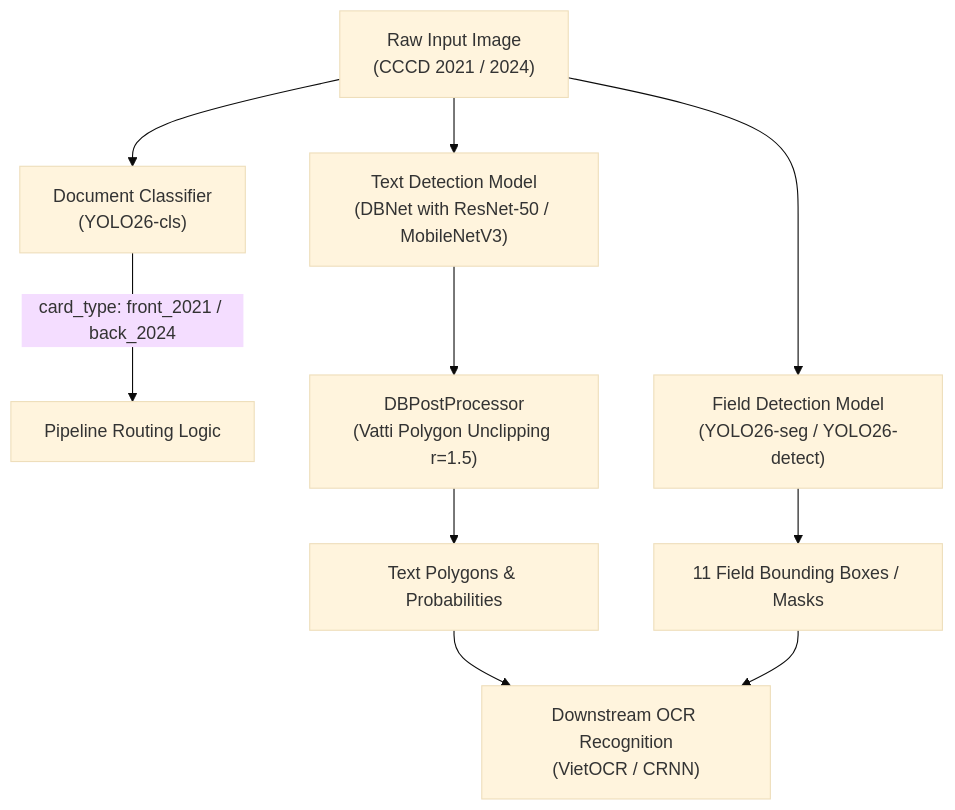
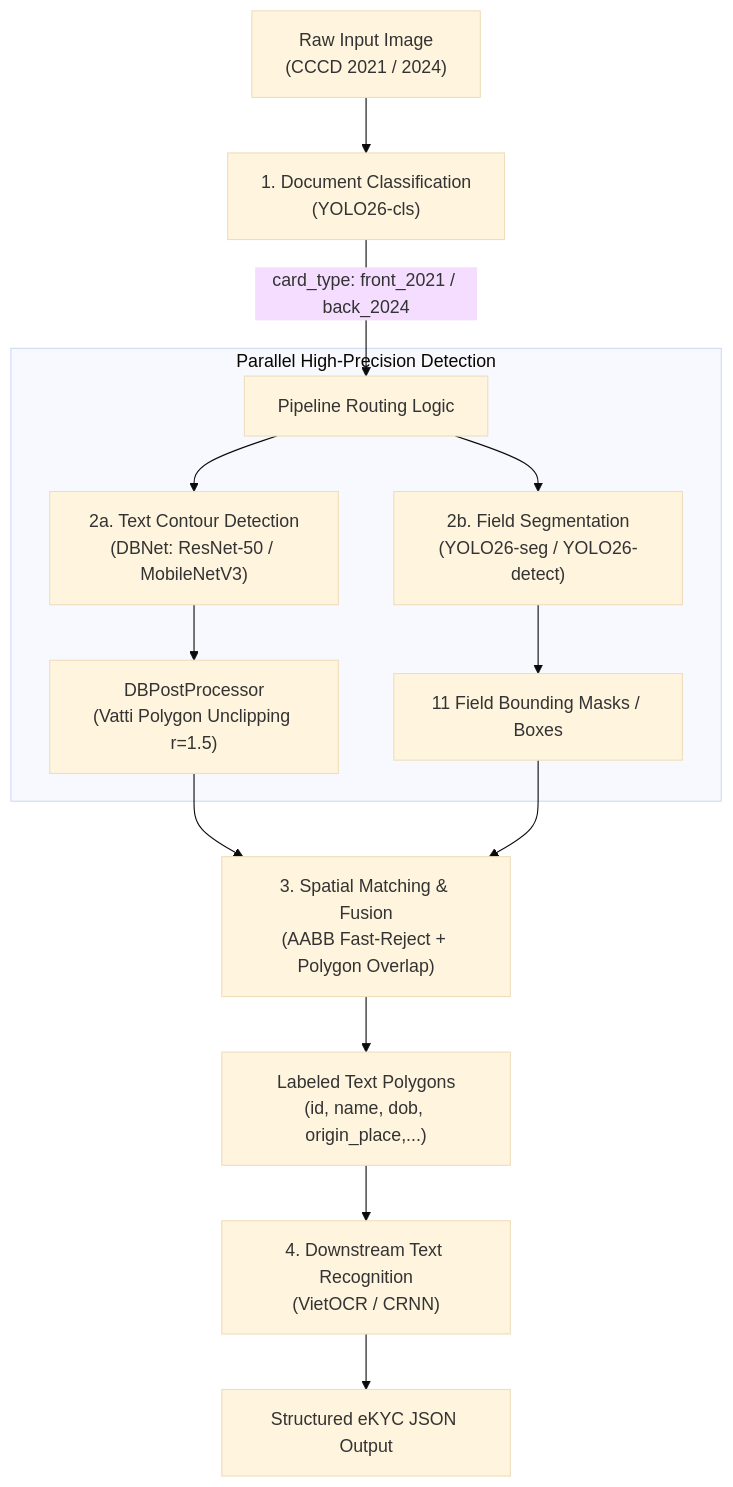
One commit to stevexle/text-detection changed the diagram in README.md. Above: the diagram before and after it, drawn with Mermaid (base theme). The commit also changed other lines of this file, not shown here.

Commit message:
docs: update README.md with comprehensive hybrid pipeline, CLI tools, benchmarks, and architecture

````diff
--- a/README.md
+++ b/README.md
@@ -15,12 +15,19 @@
 ```mermaid
-graph TD
-    A["Raw Input Image<br>(CCCD 2021 / 2024)"] --> B["Document Classifier<br>(YOLO26-cls)"]
+flowchart TD
+    A["Raw Input Image<br>(CCCD 2021 / 2024)"] --> B["1. Document Classification<br>(YOLO26-cls)"]
     B -->|"card_type: front_2021 / back_2024"| C["Pipeline Routing Logic"]
-    A --> D["Text Detection Model<br>(DBNet with ResNet-50 / MobileNetV3)"]
-    A --> E["Field Detection Model<br>(YOLO26-seg / YOLO26-detect)"]
-    D --> F["DBPostProcessor<br>(Vatti Polygon Unclipping r=1.5)"]
-    F --> G["Text Polygons & Probabilities"]
-    E --> H["11 Field Bounding Boxes / Masks"]
-    G --> I["Downstream OCR Recognition<br>(VietOCR / CRNN)"]
-    H --> I
+    
+    subgraph "Parallel High-Precision Detection"
+        C --> D["2a. Text Contour Detection<br>(DBNet: ResNet-50 / MobileNetV3)"]
+        C --> E["2b. Field Segmentation<br>(YOLO26-seg / YOLO26-detect)"]
+        
+        D --> D1["DBPostProcessor<br>(Vatti Polygon Unclipping r=1.5)"]
+        E --> E1["11 Field Bounding Masks / Boxes"]
+    end
+    
+    D1 & E1 --> F["3. Spatial Matching & Fusion<br>(AABB Fast-Reject + Polygon Overlap)"]
+    F --> G["Labeled Text Polygons<br>(id, name, dob, origin_place,...)"]
+    
+    G --> H["4. Downstream Text Recognition<br>(VietOCR / CRNN)"]
+    H --> I["Structured eKYC JSON Output"]
 ```
````
